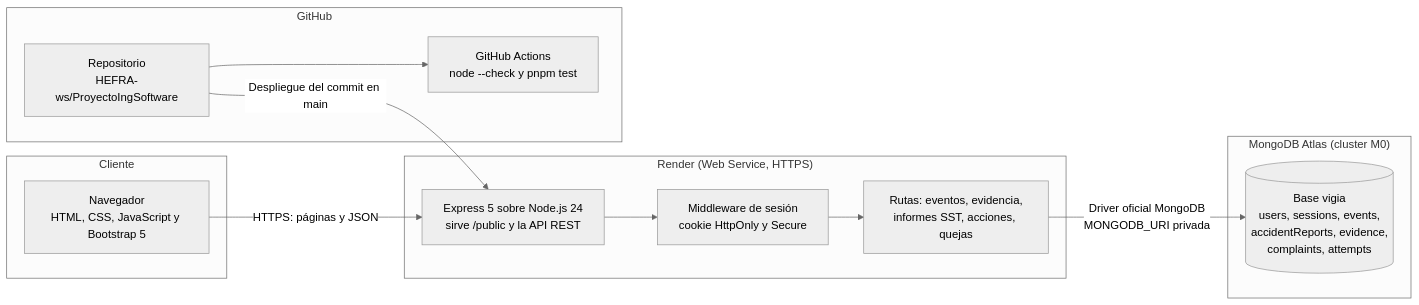
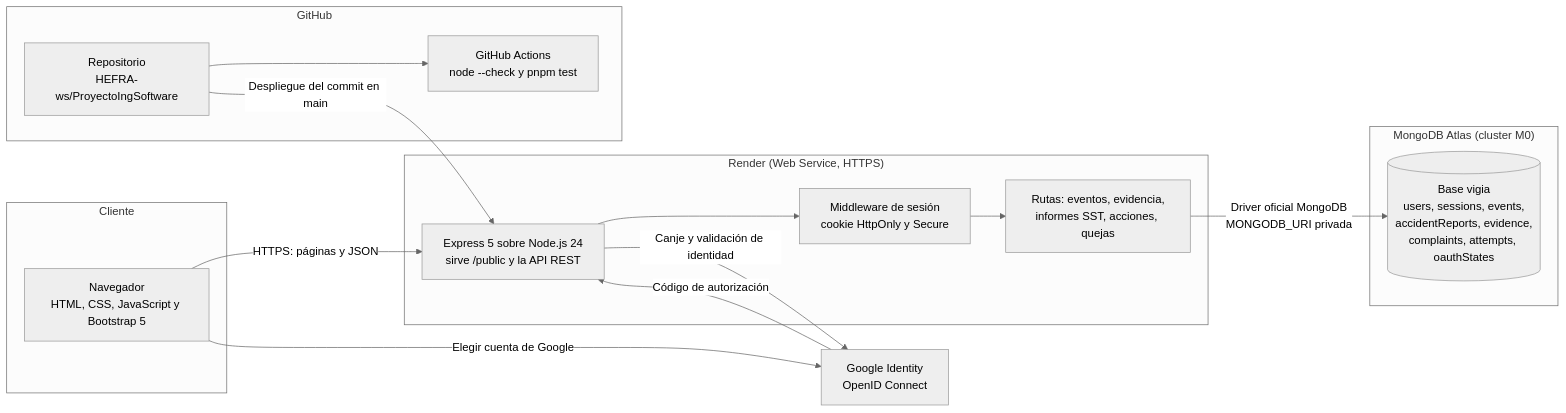
The first of 3 diagrams in docs/Arquitectura.md (HEFRA-ws/ProyectoIngSoftware), drawn with Mermaid (neutral theme) before and after one commit. The commit also changed other lines of this file and 15 other files, not shown here.

````diff
--- a/docs/Arquitectura.md
+++ b/docs/Arquitectura.md
@@ -7,23 +7,27 @@
 ```mermaid
 flowchart LR
   subgraph Cliente
     U["Navegador<br/>HTML, CSS, JavaScript y Bootstrap 5"]
   end
   subgraph Render["Render (Web Service, HTTPS)"]
     S["Express 5 sobre Node.js 24<br/>sirve /public y la API REST"]
     M["Middleware de sesión<br/>cookie HttpOnly y Secure"]
     R["Rutas: eventos, evidencia,<br/>informes SST, acciones, quejas"]
     S --> M --> R
   end
   subgraph Atlas["MongoDB Atlas (cluster M0)"]
-    DB[("Base vigia<br/>users, sessions, events,<br/>accidentReports, evidence,<br/>complaints, attempts")]
+    DB[("Base vigia<br/>users, sessions, events,<br/>accidentReports, evidence,<br/>complaints, attempts, oauthStates")]
   end
   subgraph GitHub
     G["Repositorio<br/>HEFRA-ws/ProyectoIngSoftware"]
     CI["GitHub Actions<br/>node --check y pnpm test"]
     G --> CI
   end
   U -- "HTTPS: páginas y JSON" --> S
+  O["Google Identity<br/>OpenID Connect"]
+  U -- "Elegir cuenta de Google" --> O
+  O -- "Código de autorización" --> S
+  S -- "Canje y validación de identidad" --> O
   R -- "Driver oficial MongoDB<br/>MONGODB_URI privada" --> DB
   G -- "Despliegue del commit en main" --> S
 ```
````
